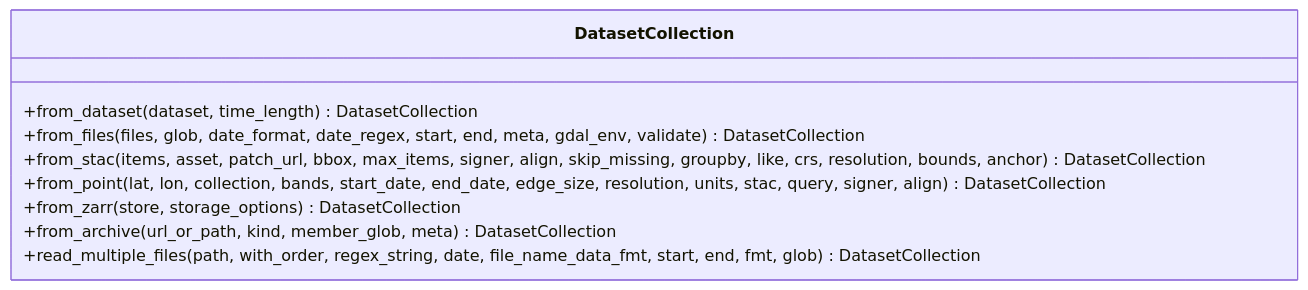
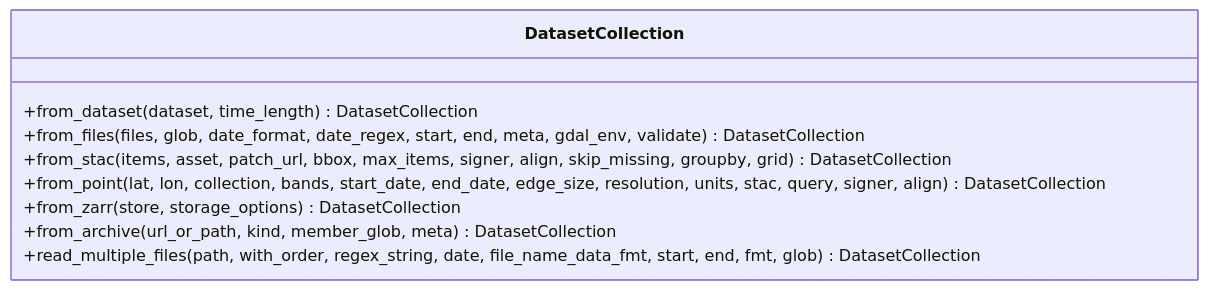
The second of 3 diagrams in docs/reference/dataset/collection.md (serapeum-org/pyramids), drawn with Mermaid before and after one commit. The commit also changed 6 other files, not shown here.

First line of the commit message:
refactor(collection)!: group from_stac target-grid params into a Grid dataclass

````diff
--- a/docs/reference/dataset/collection.md
+++ b/docs/reference/dataset/collection.md
@@ -27,12 +27,12 @@
 ```mermaid
 classDiagram
     class DatasetCollection {
         +from_dataset(dataset, time_length) DatasetCollection
         +from_files(files, glob, date_format, date_regex, start, end, meta, gdal_env, validate) DatasetCollection
-        +from_stac(items, asset, patch_url, bbox, max_items, signer, align, skip_missing, groupby, like, crs, resolution, bounds, anchor) DatasetCollection
+        +from_stac(items, asset, patch_url, bbox, max_items, signer, align, skip_missing, groupby, grid) DatasetCollection
         +from_point(lat, lon, collection, bands, start_date, end_date, edge_size, resolution, units, stac, query, signer, align) DatasetCollection
         +from_zarr(store, storage_options) DatasetCollection
         +from_archive(url_or_path, kind, member_glob, meta) DatasetCollection
         +read_multiple_files(path, with_order, regex_string, date, file_name_data_fmt, start, end, fmt, glob) DatasetCollection
     }
 ```
````
